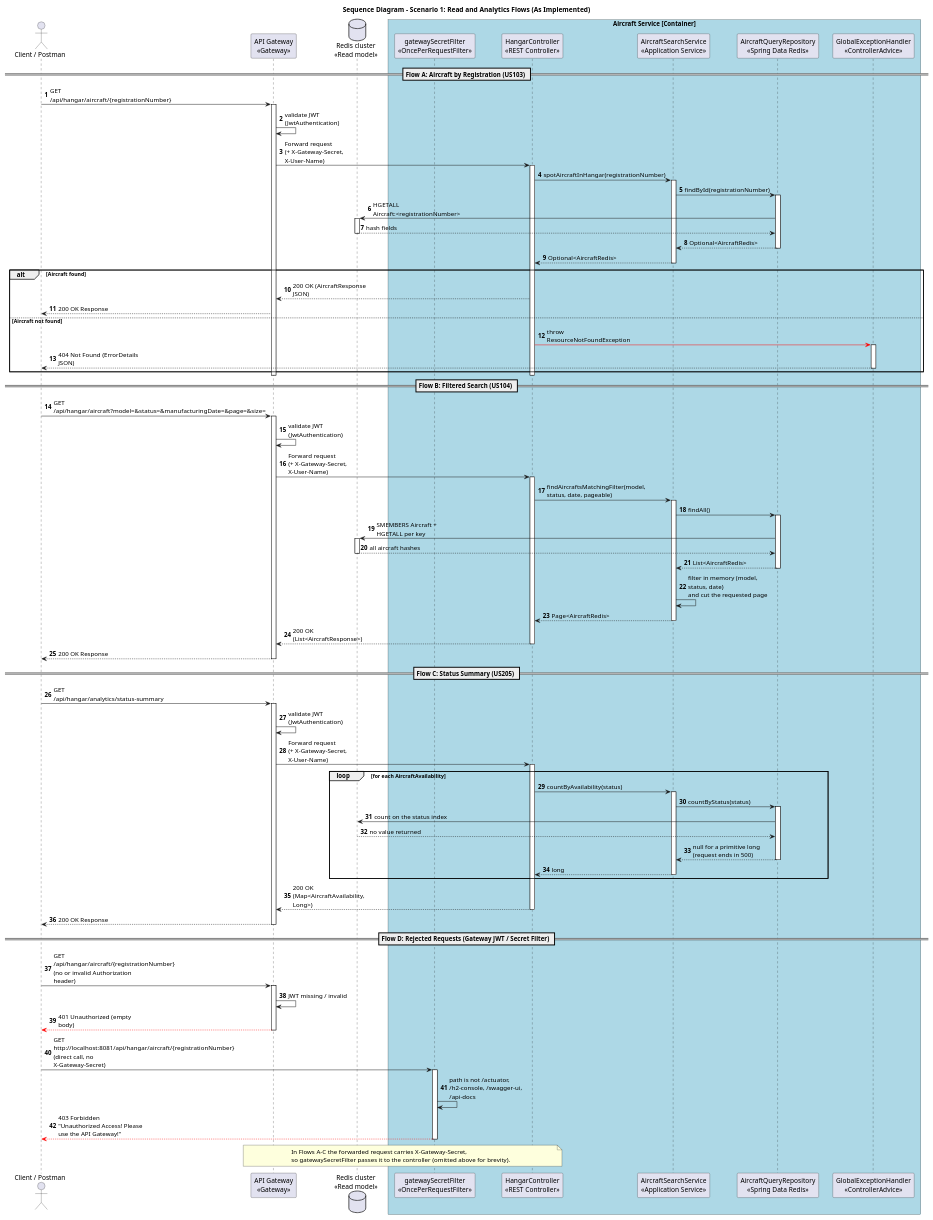
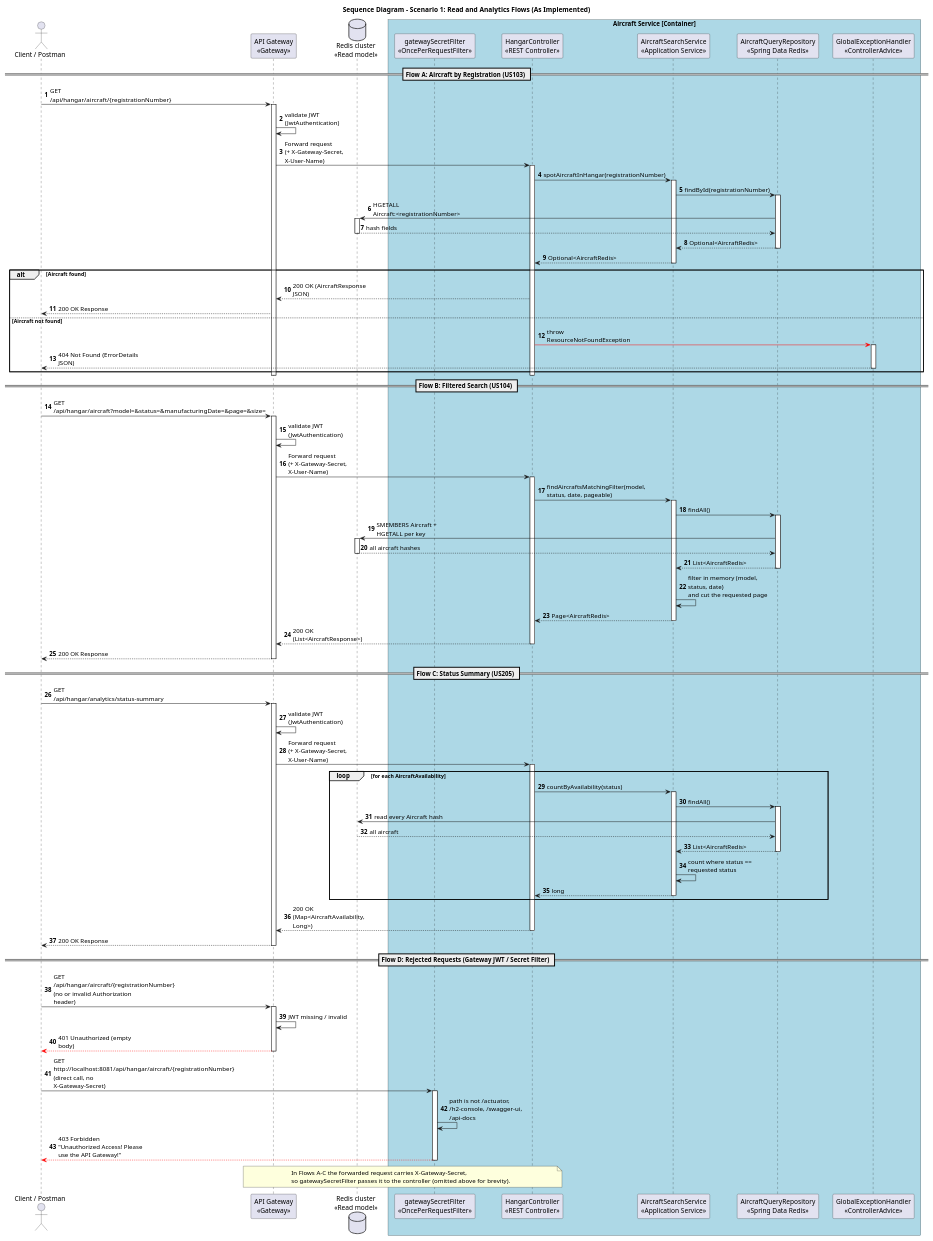
The diagram in aircraft-service/docs/sequence-diagrams/scenario-1-query-aircraft.puml (8126Lucas/SIDIS_G6_3DA), drawn with PlantUML before and after one commit. The commit also changed 38 other files, not shown here.

```diff
--- a/aircraft-service/docs/sequence-diagrams/scenario-1-query-aircraft.puml
+++ b/aircraft-service/docs/sequence-diagrams/scenario-1-query-aircraft.puml
@@ -1,131 +1,132 @@
 @startuml
 skinparam responseMessageBelowArrow true
 skinparam maxMessageSize 180
 skinparam boxPadding 10
 skinparam participantPadding 10
 skinparam shadowing false
 
 title Sequence Diagram - Scenario 1: Read and Analytics Flows (As Implemented)
 
 autonumber
 
 actor "Client / Postman" as client
 participant "API Gateway\n<<Gateway>>" as gateway
 participant "gatewaySecretFilter\n<<OncePerRequestFilter>>" as secret_filter
 participant "HangarController\n<<REST Controller>>" as controller
 participant "AircraftSearchService\n<<Application Service>>" as search_svc
 participant "AircraftQueryRepository\n<<Spring Data Redis>>" as repo
 database "Redis cluster\n<<Read model>>" as db
 participant "GlobalExceptionHandler\n<<ControllerAdvice>>" as exception_handler
 
 box "Aircraft Service [Container]" #LightBlue
     participant secret_filter
     participant controller
     participant search_svc
     participant repo
     participant exception_handler
 end box
 
 == Flow A: Aircraft by Registration (US103) ==
 
 client -> gateway : GET /api/hangar/aircraft/{registrationNumber}
 activate gateway
 gateway -> gateway : validate JWT (JwtAuthentication)
 gateway -> controller : Forward request\n(+ X-Gateway-Secret, X-User-Name)
 activate controller
 
 controller -> search_svc : spotAircraftInHangar(registrationNumber)
 activate search_svc
 search_svc -> repo : findById(registrationNumber)
 activate repo
 repo -> db : HGETALL Aircraft:<registrationNumber>
 activate db
 db --> repo : hash fields
 deactivate db
 repo --> search_svc : Optional<AircraftRedis>
 deactivate repo
 search_svc --> controller : Optional<AircraftRedis>
 deactivate search_svc
 
 alt Aircraft found
     controller --> gateway : 200 OK (AircraftResponse JSON)
     gateway --> client : 200 OK Response
 else Aircraft not found
     controller -[#red]> exception_handler : throw ResourceNotFoundException
     activate exception_handler
     exception_handler --> client : 404 Not Found (ErrorDetails JSON)
     deactivate exception_handler
 end
 deactivate controller
 deactivate gateway
 
 == Flow B: Filtered Search (US104) ==
 
 client -> gateway : GET /api/hangar/aircraft?model=&status=&manufacturingDate=&page=&size=
 activate gateway
 gateway -> gateway : validate JWT (JwtAuthentication)
 gateway -> controller : Forward request\n(+ X-Gateway-Secret, X-User-Name)
 activate controller
 
 controller -> search_svc : findAircraftsMatchingFilter(model, status, date, pageable)
 activate search_svc
 search_svc -> repo : findAll()
 activate repo
 repo -> db : SMEMBERS Aircraft + HGETALL per key
 activate db
 db --> repo : all aircraft hashes
 deactivate db
 repo --> search_svc : List<AircraftRedis>
 deactivate repo
 search_svc -> search_svc : filter in memory (model, status, date)\nand cut the requested page
 search_svc --> controller : Page<AircraftRedis>
 deactivate search_svc
 
 controller --> gateway : 200 OK (List<AircraftResponse>)
 deactivate controller
 gateway --> client : 200 OK Response
 deactivate gateway
 
 == Flow C: Status Summary (US205) ==
 
 client -> gateway : GET /api/hangar/analytics/status-summary
 activate gateway
 gateway -> gateway : validate JWT (JwtAuthentication)
 gateway -> controller : Forward request\n(+ X-Gateway-Secret, X-User-Name)
 activate controller
 
 loop for each AircraftAvailability
     controller -> search_svc : countByAvailability(status)
     activate search_svc
-    search_svc -> repo : countByStatus(status)
+    search_svc -> repo : findAll()
     activate repo
-    repo -> db : count on the status index
-    db --> repo : no value returned
-    repo --> search_svc : null for a primitive long\n(request ends in 500)
+    repo -> db : read every Aircraft hash
+    db --> repo : all aircraft
+    repo --> search_svc : List<AircraftRedis>
     deactivate repo
+    search_svc -> search_svc : count where status == requested status
     search_svc --> controller : long
     deactivate search_svc
 end
 
 controller --> gateway : 200 OK (Map<AircraftAvailability, Long>)
 deactivate controller
 gateway --> client : 200 OK Response
 deactivate gateway
 
 == Flow D: Rejected Requests (Gateway JWT / Secret Filter) ==
 
 client -> gateway : GET /api/hangar/aircraft/{registrationNumber}\n(no or invalid Authorization header)
 activate gateway
 gateway -> gateway : JWT missing / invalid
 gateway --[#red]> client : 401 Unauthorized (empty body)
 deactivate gateway
 
 client -> secret_filter : GET http://localhost:8081/api/hangar/aircraft/{registrationNumber}\n(direct call, no X-Gateway-Secret)
 activate secret_filter
 secret_filter -> secret_filter : path is not /actuator, /h2-console, /swagger-ui, /api-docs
 secret_filter --[#red]> client : 403 Forbidden\n"Unauthorized Access! Please use the API Gateway!"
 deactivate secret_filter
 
 note over gateway, controller : In Flows A-C the forwarded request carries X-Gateway-Secret,\nso gatewaySecretFilter passes it to the controller (omitted above for brevity).
 
 @enduml
```
